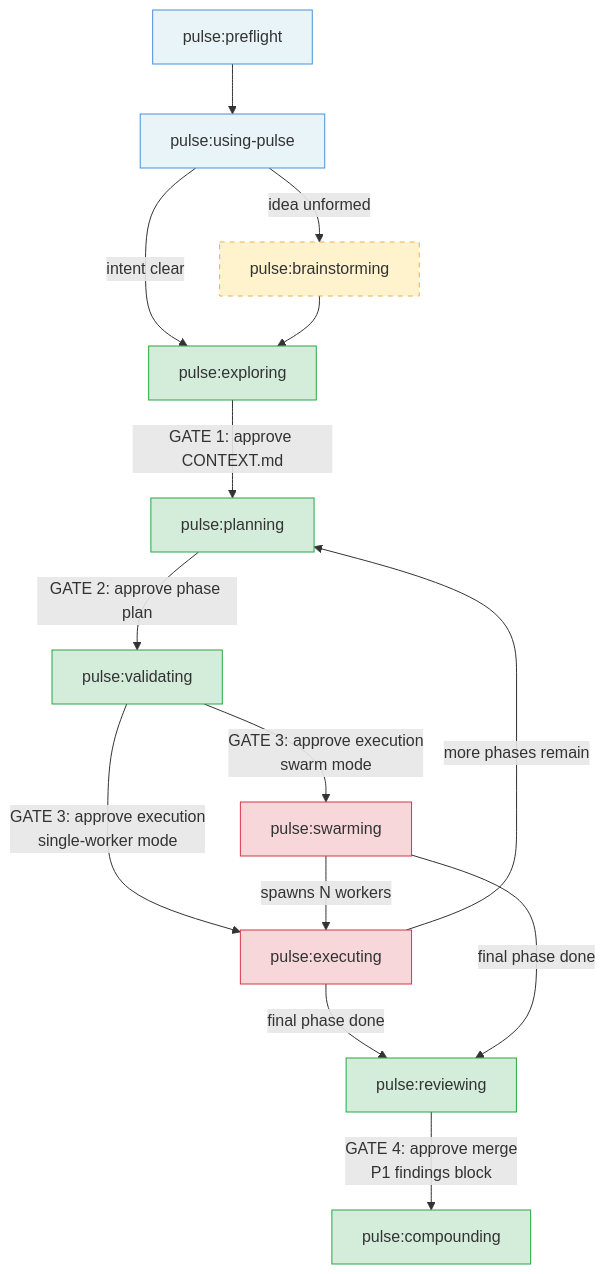
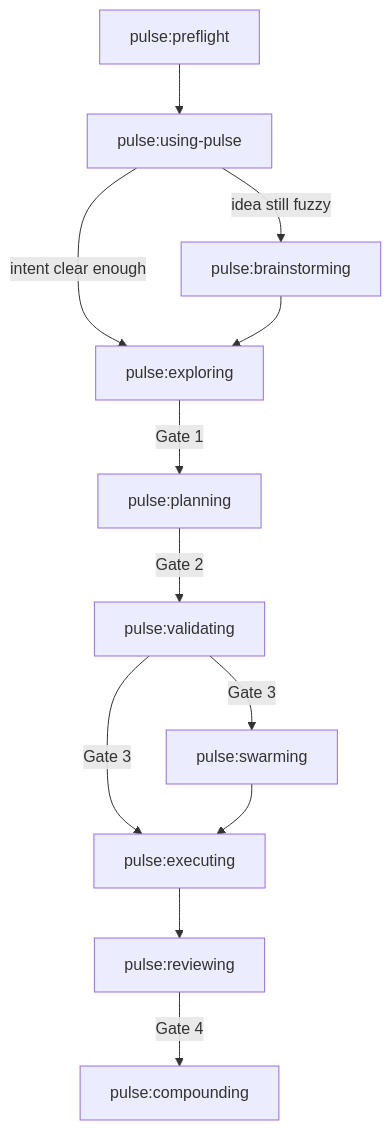
One commit to quanpersie2001/skills changed the diagram in docs/ARCHITECTURE.md. Above: the diagram before and after it, drawn with Mermaid. The commit also changed other lines of this file and 3 other files, not shown here.

First line of the commit message:
docs: rewrite README and ARCHITECTURE for clarity

````diff
--- a/docs/ARCHITECTURE.md
+++ b/docs/ARCHITECTURE.md
@@ -54,30 +29,15 @@
 ```mermaid
 flowchart TD
-    PF[pulse:preflight] --> UP[pulse:using-pulse]
-    UP -->|idea unformed| BR[pulse:brainstorming]
-    UP -->|intent clear| EX[pulse:exploring]
+    PF["pulse:preflight"] --> UP["pulse:using-pulse"]
+    UP -->|idea still fuzzy| BR["pulse:brainstorming"]
+    UP -->|intent clear enough| EX["pulse:exploring"]
     BR --> EX
 
-    EX -->|GATE 1: approve CONTEXT.md| PL[pulse:planning]
-    PL -->|GATE 2: approve phase plan| VA[pulse:validating]
-    VA -->|GATE 3: approve execution\nswarm mode| SW[pulse:swarming]
-    VA -->|GATE 3: approve execution\nsingle-worker mode| WK[pulse:executing]
-    SW -->|spawns N workers| WK
-
-    WK -->|more phases remain| PL
-    WK -->|final phase done| RV[pulse:reviewing]
-    SW -->|final phase done| RV
-
-    RV -->|GATE 4: approve merge\nP1 findings block| CP[pulse:compounding]
-
-    style PF fill:#e8f4f8,stroke:#4a90d9
-    style UP fill:#e8f4f8,stroke:#4a90d9
-    style BR fill:#fff3cd,stroke:#f0ad4e,stroke-dasharray:5 5
-    style EX fill:#d4edda,stroke:#28a745
-    style PL fill:#d4edda,stroke:#28a745
-    style VA fill:#d4edda,stroke:#28a745
-    style SW fill:#f8d7da,stroke:#dc3545
-    style WK fill:#f8d7da,stroke:#dc3545
-    style RV fill:#d4edda,stroke:#28a745
-    style CP fill:#d4edda,stroke:#28a745
+    EX -->|Gate 1| PL["pulse:planning"]
+    PL -->|Gate 2| VA["pulse:validating"]
+    VA -->|Gate 3| SW["pulse:swarming"]
+    VA -->|Gate 3| WK["pulse:executing"]
+    SW --> WK
+    WK --> RV["pulse:reviewing"]
+    RV -->|Gate 4| CP["pulse:compounding"]
 ```
````
